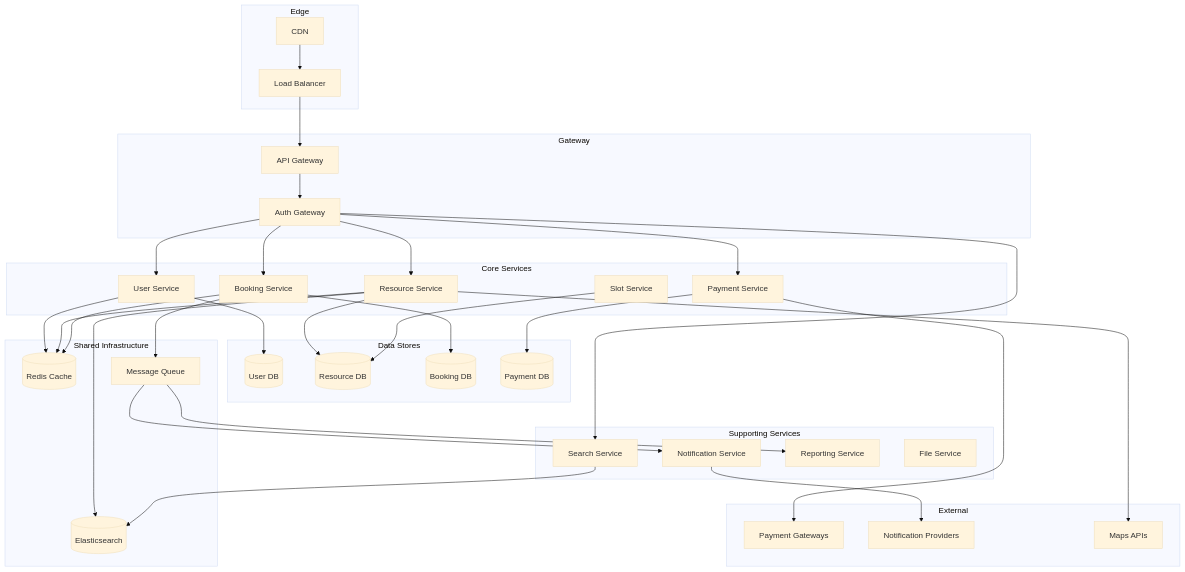
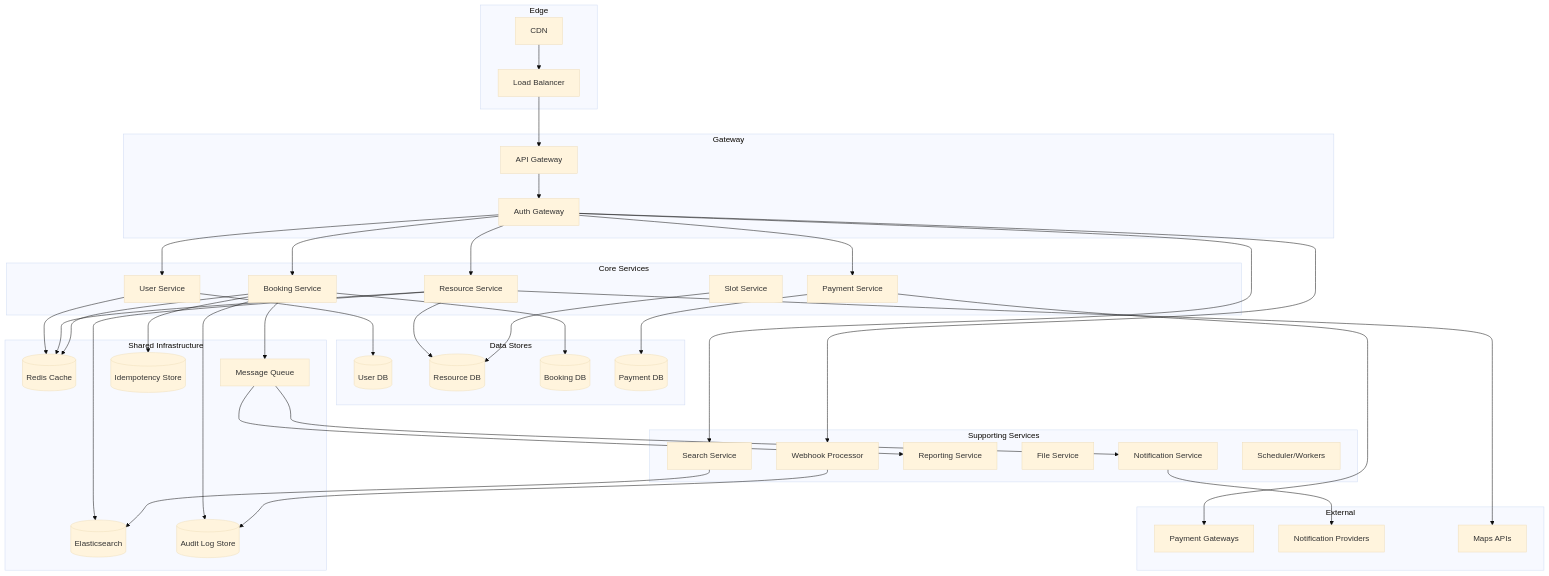
Before and after one commit to 0Ankit0/Project-Ideas: the second of 6 diagrams in Slot Booking System/high-level-design/architecture-diagram.md, drawn with Mermaid (base theme). The commit also changed other lines of this file and 23 other files, not shown here.

First line of the commit message:
feat: Enhance Slot Booking System documentation and architecture

````diff
--- a/Slot Booking System/high-level-design/architecture-diagram.md
+++ b/Slot Booking System/high-level-design/architecture-diagram.md
@@ -110,6 +122,8 @@
         SVC_SEARCH[Search Service]
         SVC_REPORT[Reporting Service]
         SVC_FILE[File Service]
+        SVC_WEBHOOK[Webhook Processor]
+        SVC_SCHED[Scheduler/Workers]
     end
     
     subgraph "Data Stores"
@@ -123,6 +137,8 @@
         CACHE[(Redis Cache)]
         MQ[Message Queue]
         ES[(Elasticsearch)]
+        IDEMP[(Idempotency Store)]
+        AUDIT[(Audit Log Store)]
     end
     
     subgraph "External"
@@ -140,6 +156,7 @@
     AUTH_GW --> SVC_BOOK
     AUTH_GW --> SVC_PAY
     AUTH_GW --> SVC_SEARCH
+    AUTH_GW --> SVC_WEBHOOK
     
     SVC_USER --> DB_USER
     SVC_RES --> DB_RES
@@ -161,4 +178,7 @@
     SVC_USER --> CACHE
     SVC_RES --> CACHE
     SVC_BOOK --> CACHE
+    SVC_BOOK --> IDEMP
+    SVC_BOOK --> AUDIT
+    SVC_WEBHOOK --> AUDIT
 ```
````
